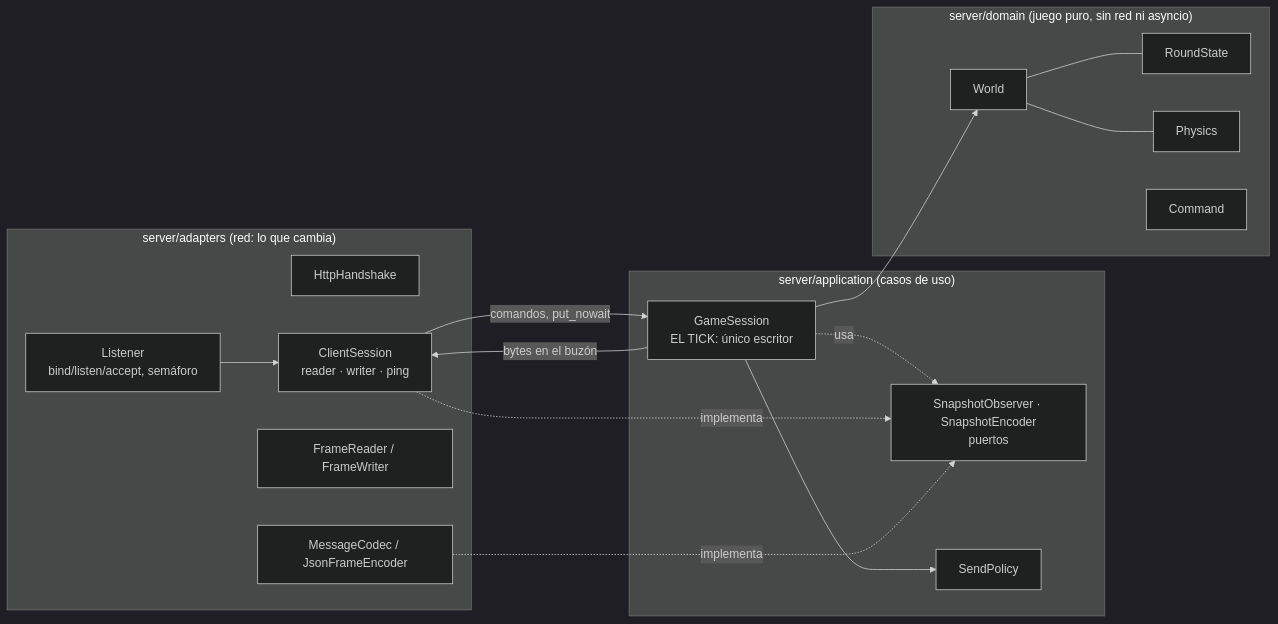
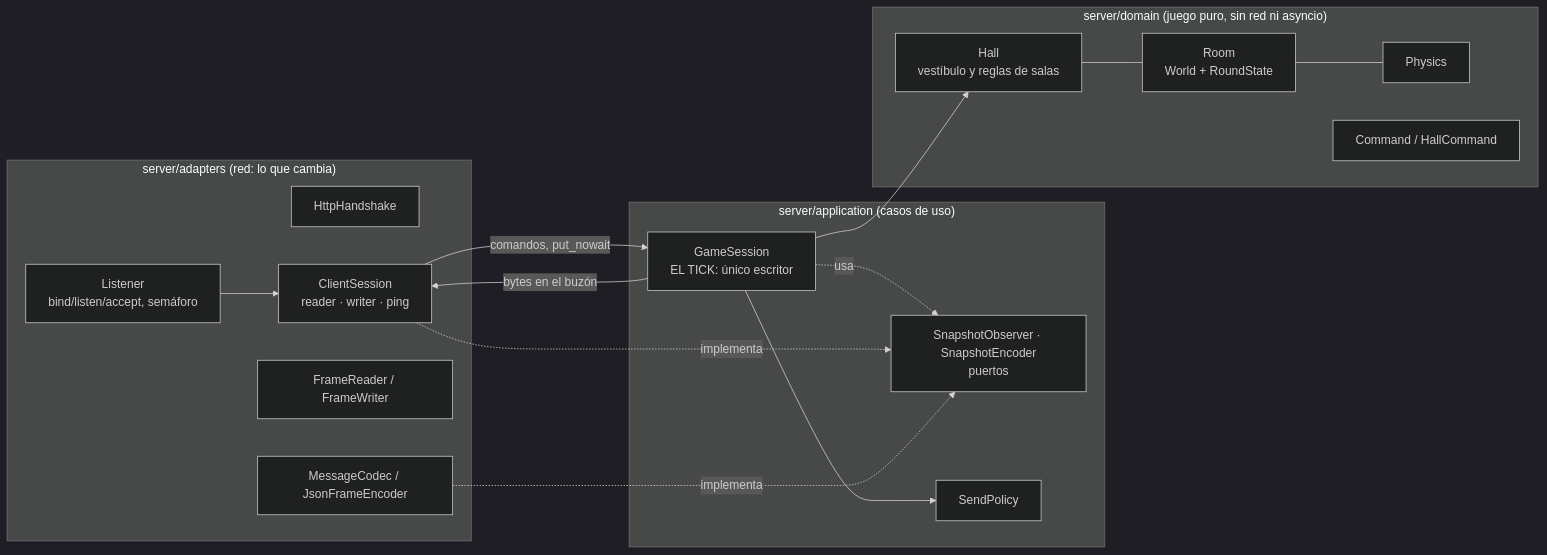
The first of 2 diagrams in docs/arquitectura.md (Maxigiraldo/StreetPunch), drawn with Mermaid (dark theme) before and after one commit. The commit also changed other lines of this file and 4 other files, not shown here.

````diff
--- a/docs/arquitectura.md
+++ b/docs/arquitectura.md
@@ -8,28 +8,28 @@
 ```mermaid
 flowchart LR
     subgraph adapters["server/adapters (red: lo que cambia)"]
         L[Listener<br/>bind/listen/accept, semáforo]
         H[HttpHandshake]
         C[ClientSession<br/>reader · writer · ping]
         F[FrameReader / FrameWriter]
         K[MessageCodec / JsonFrameEncoder]
     end
     subgraph app["server/application (casos de uso)"]
         G[GameSession<br/>EL TICK: único escritor]
         P[SnapshotObserver · SnapshotEncoder<br/>puertos]
         S[SendPolicy]
     end
     subgraph dom["server/domain (juego puro, sin red ni asyncio)"]
-        W[World] --- R[RoundState]
-        W --- PH[Physics]
-        CM[Command]
+        HL[Hall<br/>vestíbulo y reglas de salas] --- RM[Room<br/>World + RoundState]
+        RM --- PH[Physics]
+        CM[Command / HallCommand]
     end
     L --> C
     C -->|comandos, put_nowait| G
     G -->|bytes en el buzón| C
-    G --> W
+    G --> HL
     G -.usa.-> P
     C -.implementa.-> P
     K -.implementa.-> P
     G --> S
 ```
````
